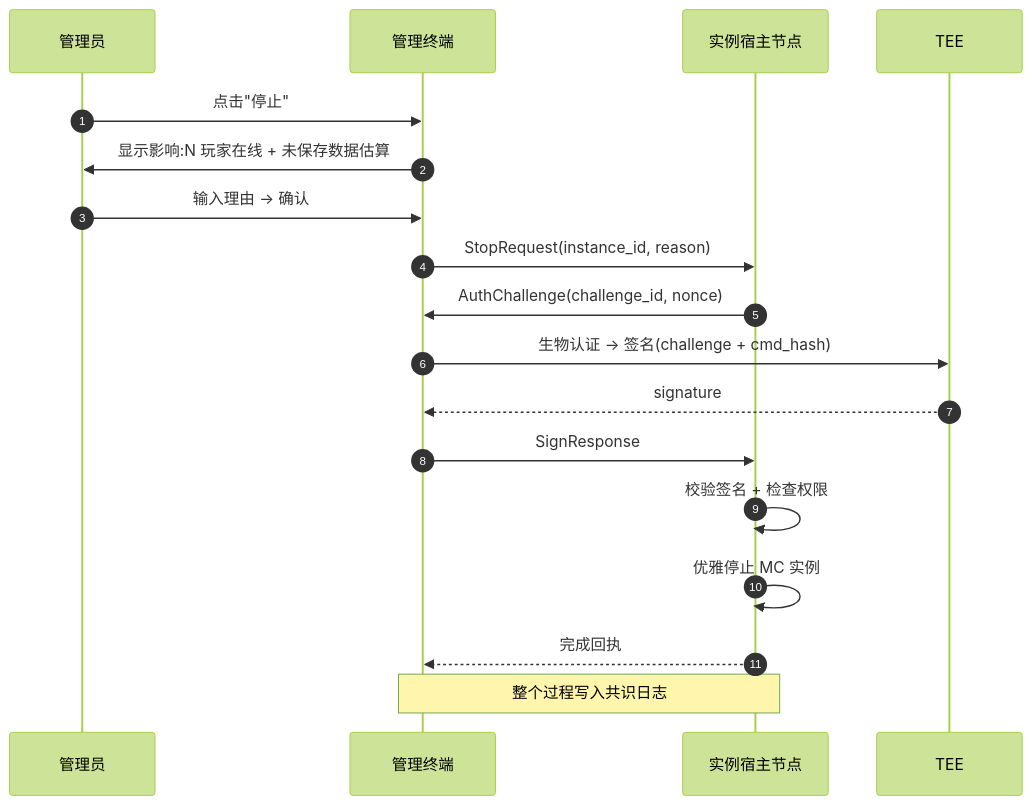
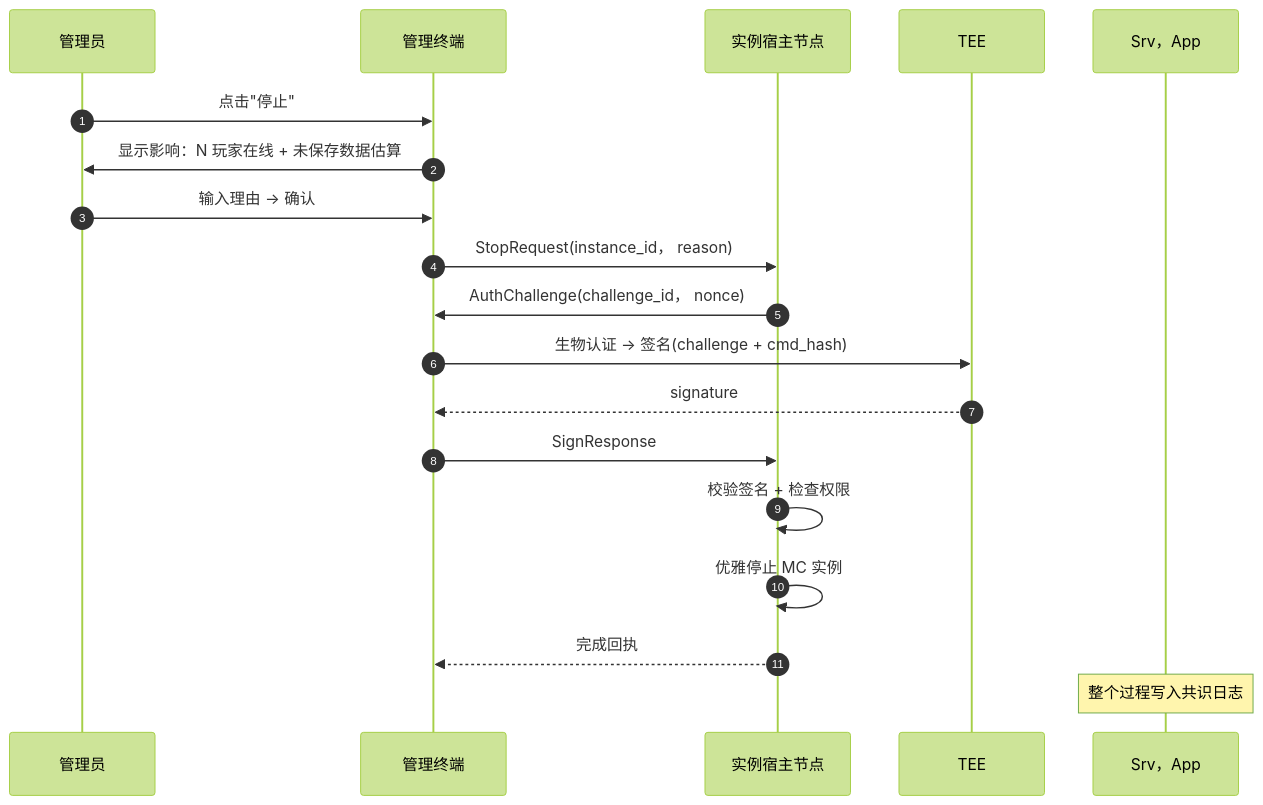
The third of 6 diagrams in pages/components/manager/instances.md (JLUCraft/docs), drawn with Mermaid (forest theme) before and after one commit. The commit also changed other lines of this file and 23 other files, not shown here.

````diff
--- a/pages/components/manager/instances.md
+++ b/pages/components/manager/instances.md
@@ -81,21 +81,21 @@
 ```mermaid
 sequenceDiagram
     autonumber
     participant Op as 管理员
     participant App as 管理终端
     participant Srv as 实例宿主节点
     participant TEE
 
     Op->>App: 点击"停止"
-    App->>Op: 显示影响:N 玩家在线 + 未保存数据估算
+    App->>Op: 显示影响：N 玩家在线 + 未保存数据估算
     Op->>App: 输入理由 → 确认
-    App->>Srv: StopRequest(instance_id, reason)
-    Srv->>App: AuthChallenge(challenge_id, nonce)
+    App->>Srv: StopRequest(instance_id， reason)
+    Srv->>App: AuthChallenge(challenge_id， nonce)
     App->>TEE: 生物认证 → 签名(challenge + cmd_hash)
     TEE-->>App: signature
     App->>Srv: SignResponse
     Srv->>Srv: 校验签名 + 检查权限
     Srv->>Srv: 优雅停止 MC 实例
     Srv-->>App: 完成回执
-    Note over Srv,App: 整个过程写入共识日志
+    Note over Srv，App: 整个过程写入共识日志
 ```
````
